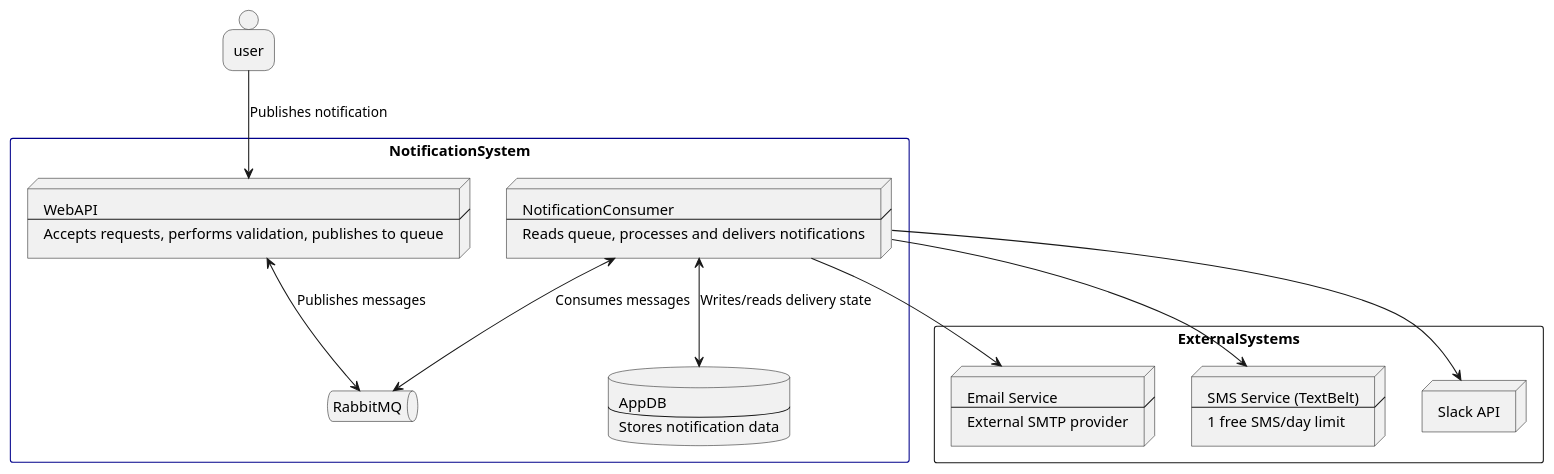
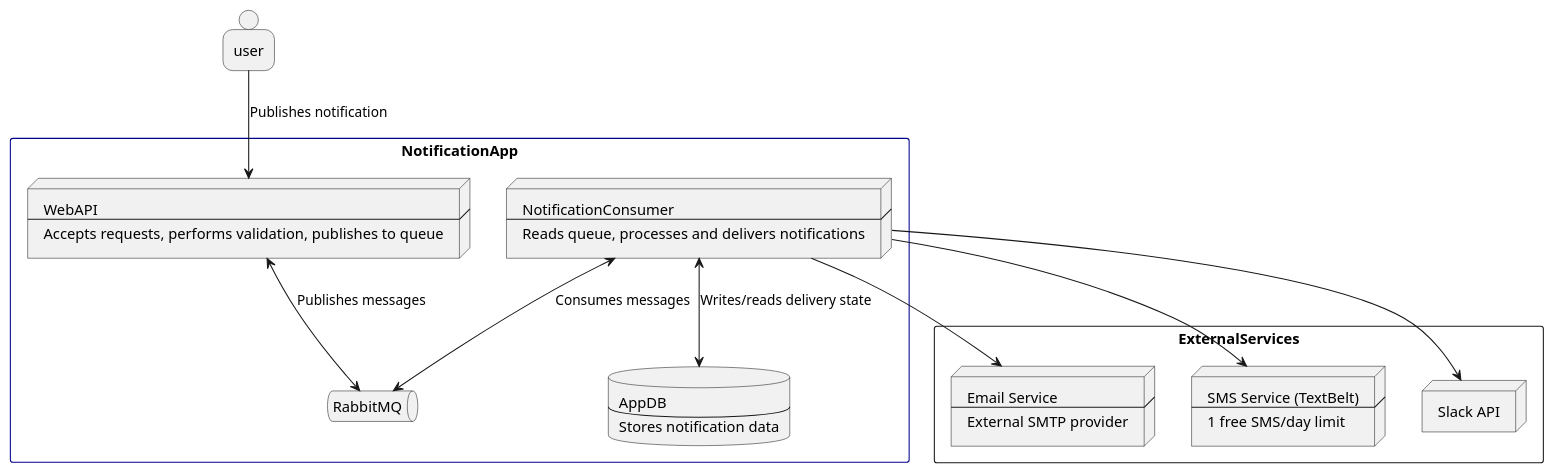
One commit to ggsomnoev/sumup-notification-task changed the diagram in docs/c4diagram.md. Above: the diagram before and after it, drawn with PlantUML.

Commit message:
diagram changes

````diff
--- a/docs/c4diagram.md
+++ b/docs/c4diagram.md
@@ -7,52 +7,52 @@
 ```plantuml
 @startuml
 person user
 
-rectangle NotificationSystem #line:darkblue {
+rectangle NotificationApp #line:darkblue {
     node WebAPI [
         WebAPI
         ---
         Accepts requests, performs validation, publishes to queue
     ]
     node Consumer [
         NotificationConsumer
         ---
         Reads queue, processes and delivers notifications
     ]
     database DB [
         AppDB
         ---
         Stores notification data
     ]
     queue Queue [
         RabbitMQ
     ]
 
     WebAPI <--> Queue : Publishes messages
     Consumer <--> Queue : Consumes messages
     Consumer <--> DB : Writes/reads delivery state
 }
 
-rectangle ExternalSystems {
+rectangle ExternalServices {
     node EmailSvc [
         Email Service
         ---
         External SMTP provider
     ]
     node SmsSvc [
         SMS Service (TextBelt)
         ---
         1 free SMS/day limit
     ]
     node SlackAPI [
         Slack API
     ]
 }
 
 Consumer --> EmailSvc
 Consumer --> SmsSvc
 Consumer --> SlackAPI
 user --> WebAPI : Publishes notification
 
 @enduml
 ```
````
